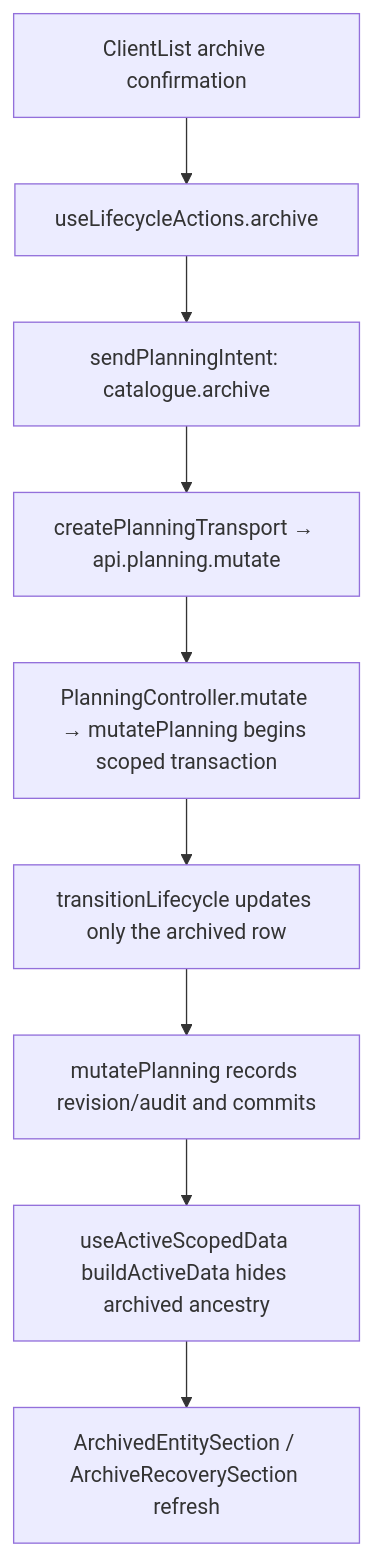
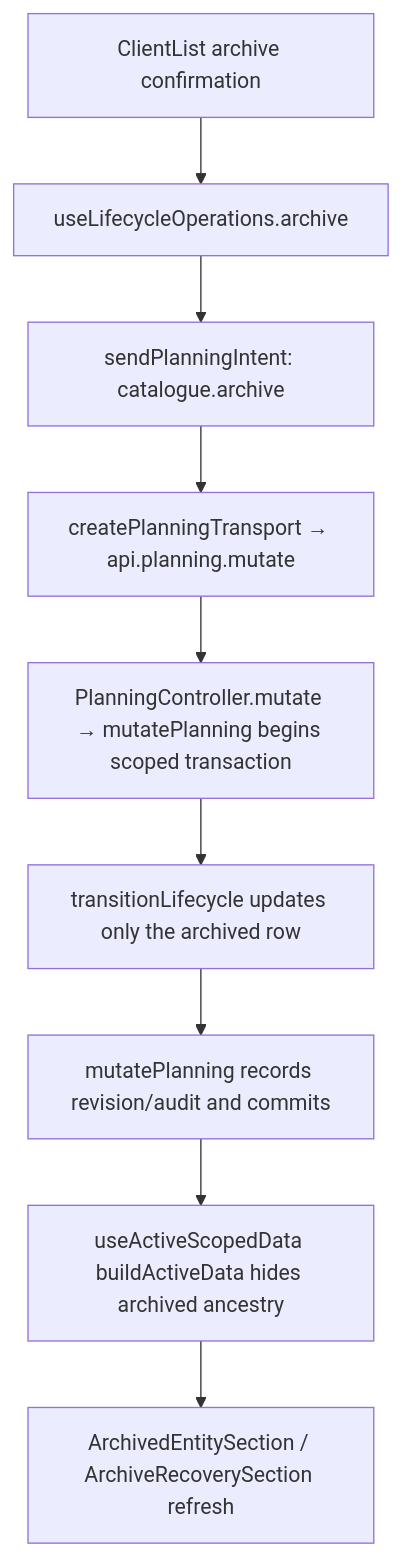
Before and after one commit to Kevinjohn/capacitylens: the second of 2 diagrams in user-stories/clients/US-CLI-03-archive-client.md, drawn with Mermaid. The commit also changed other lines of this file and 50 other files, not shown here.

````diff
--- a/user-stories/clients/US-CLI-03-archive-client.md
+++ b/user-stories/clients/US-CLI-03-archive-client.md
@@ -30,7 +30,7 @@
 ```mermaid
 flowchart TD
-  A["ClientList archive confirmation"] --> B["useLifecycleActions.archive"] --> C["sendPlanningIntent: catalogue.archive"]
+  A["ClientList archive confirmation"] --> B["useLifecycleOperations.archive"] --> C["sendPlanningIntent: catalogue.archive"]
   C --> D["createPlanningTransport → api.planning.mutate"] --> E["PlanningController.mutate → mutatePlanning begins scoped transaction"]
   E --> F["transitionLifecycle updates only the archived row"] --> K["mutatePlanning records revision/audit and commits"] --> F2["useActiveScopedData buildActiveData hides archived ancestry"]
   F2 --> H["ArchivedEntitySection / ArchiveRecoverySection refresh"]
 ```
````
